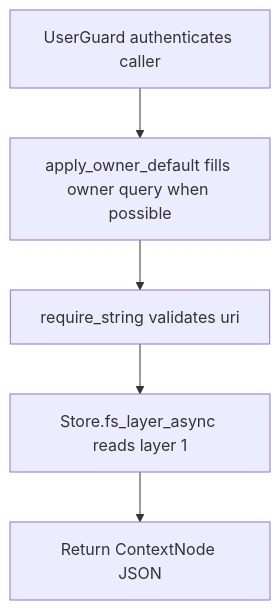
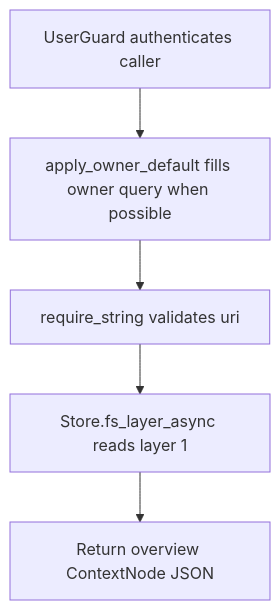
Before and after one commit to dickwu/nowledge: the diagram in doc/api/get_v1_fs_overview.md, drawn with Mermaid. The commit also changed other lines of this file and 31 other files, not shown here.

````diff
--- a/doc/api/get_v1_fs_overview.md
+++ b/doc/api/get_v1_fs_overview.md
@@ -38,12 +46,12 @@
 ```mermaid
 flowchart TD
   n0["UserGuard authenticates caller"]
   n1["apply_owner_default fills owner query when possible"]
   n2["require_string validates uri"]
   n3["Store.fs_layer_async reads layer 1"]
-  n4["Return ContextNode JSON"]
+  n4["Return overview ContextNode JSON"]
   n0 --> n1
   n1 --> n2
   n2 --> n3
   n3 --> n4
 ```
````
